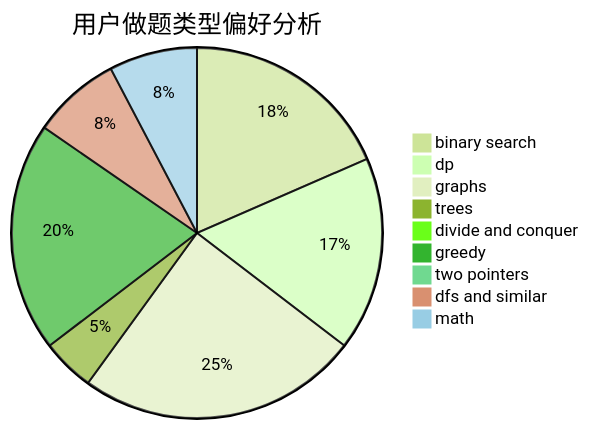
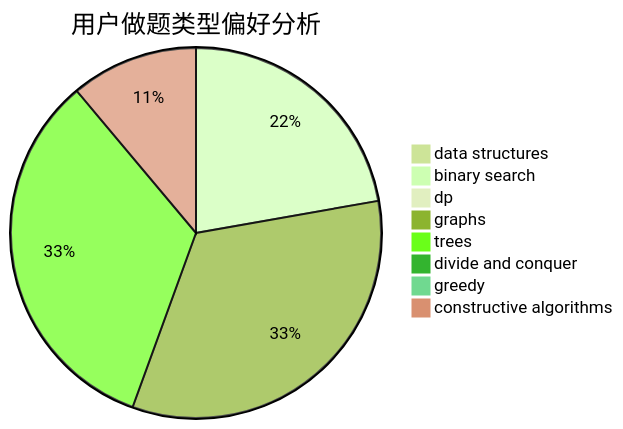
One commit to sherpahu/cfrs.github.io changed the second of 3 diagrams in docs/user/u2001.md. Above: the diagram before and after it, drawn with Mermaid (forest theme). The commit also changed other lines of this file and 2775 other files, not shown here.

````diff
--- a/docs/user/u2001.md
+++ b/docs/user/u2001.md
@@ -23,12 +23,11 @@
 ```mermaid
 pie title 用户做题类型偏好分析
-    "binary search" :  12
-    "dp" :  11
-    "graphs" :  16
+    "data structures" :  0
+    "binary search" :  2
+    "dp" :  0
+    "graphs" :  3
     "trees" :  3
     "divide and conquer" :  0
-    "greedy" :  13
-    "two pointers" :  0
-    "dfs and similar" :  5
-    "math" :  5
+    "greedy" :  0
+    "constructive algorithms" :  1
 ```
````
